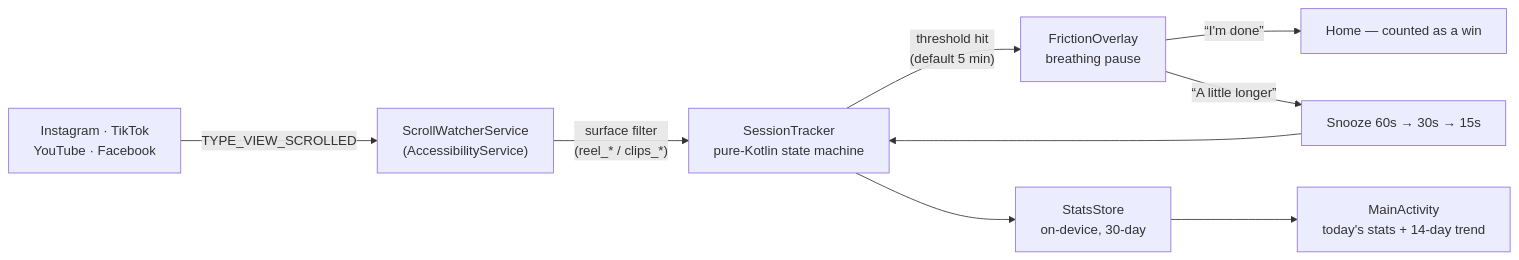
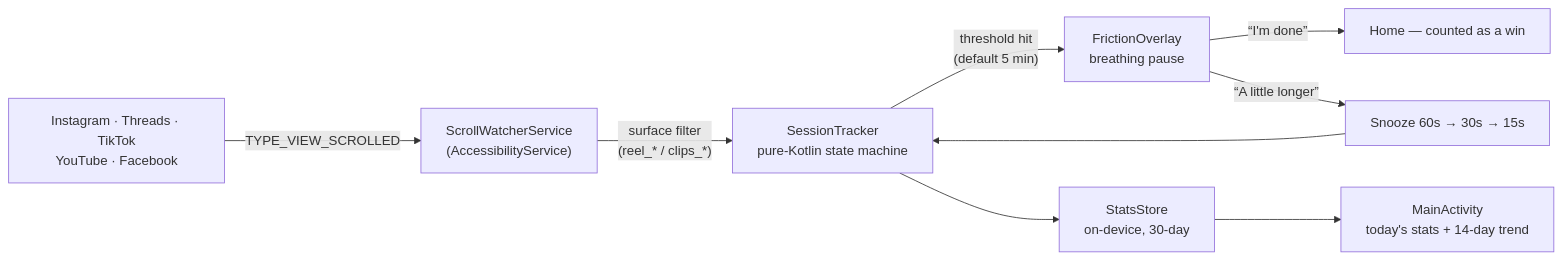
One commit to jacobv25/undertow changed the diagram in README.md. Above: the diagram before and after it, drawn with Mermaid. The commit also changed other lines of this file and 2 other files, not shown here.

Commit message:
v0.3.0: watch Threads
Threads (com.instagram.barcelona) joins the watched apps — the
Instagram-link-to-Threads pipeline is a doomscrolling vector too. Pure text
feed, so all scrolling counts (same treatment as Facebook); no surface needle.

Device-verified on the Pixel: scroll events attribute to `threads`
(source=IgLazyColumn), the 1-minute test threshold fired the friction overlay
over BarcelonaActivity, and stats recorded doomMs + the interrupt.

````diff
--- a/README.md
+++ b/README.md
@@ -16,11 +16,11 @@
 ```mermaid
 flowchart LR
-    A["Instagram · TikTok<br>YouTube · Facebook"] -- "TYPE_VIEW_SCROLLED" --> B["ScrollWatcherService<br>(AccessibilityService)"]
+    A["Instagram · Threads · TikTok<br>YouTube · Facebook"] -- "TYPE_VIEW_SCROLLED" --> B["ScrollWatcherService<br>(AccessibilityService)"]
     B -- "surface filter<br>(reel_* / clips_*)" --> C["SessionTracker<br>pure-Kotlin state machine"]
     C -- "threshold hit<br>(default 5 min)" --> D["FrictionOverlay<br>breathing pause"]
     D -- "“I'm done”" --> H["Home — counted as a win"]
     D -- "“A little longer”" --> S["Snooze 60s → 30s → 15s"]
     S --> C
     C --> E["StatsStore<br>on-device, 30-day"]
     E --> F["MainActivity<br>today's stats + 14-day trend"]
 ```
````
